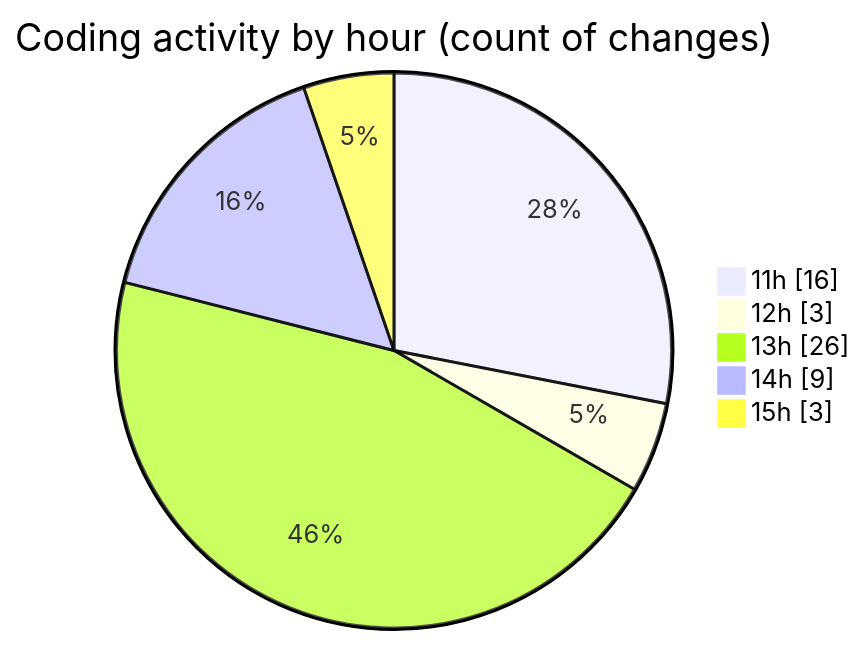
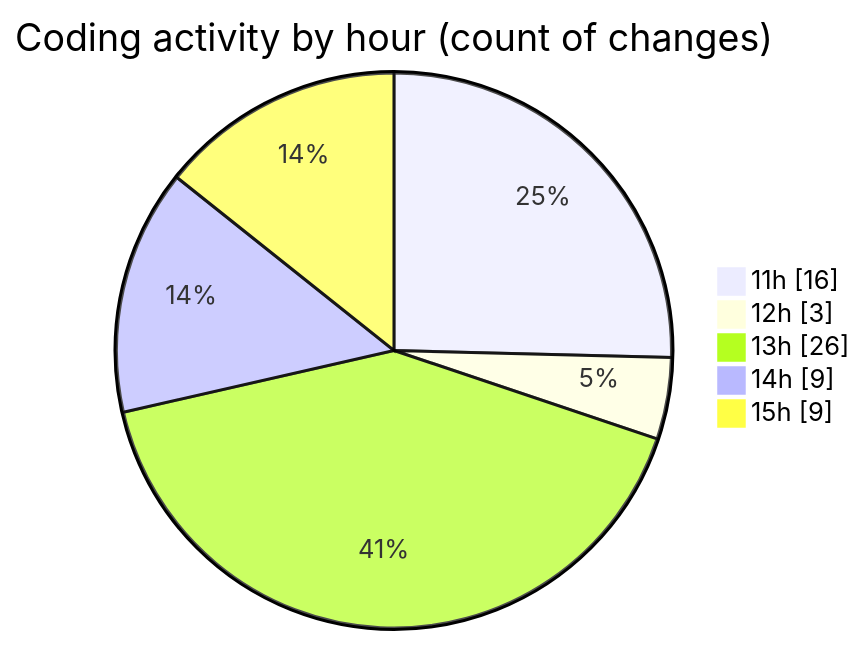
The second of 2 diagrams in 2026-03-31/nxtqube_webapp/README.md (nxtqubesakshisongat/code-tracking), drawn with Mermaid before and after one commit. The commit also changed other lines of this file and 1 other file, not shown here.

````diff
--- a/2026-03-31/nxtqube_webapp/README.md
+++ b/2026-03-31/nxtqube_webapp/README.md
@@ -32,9 +32,9 @@
 ```mermaid
 pie showData
 title Coding activity by hour (count of changes)
 "11h" : 16
 "12h" : 3
 "13h" : 26
 "14h" : 9
-"15h" : 3
+"15h" : 9
 ```
````
